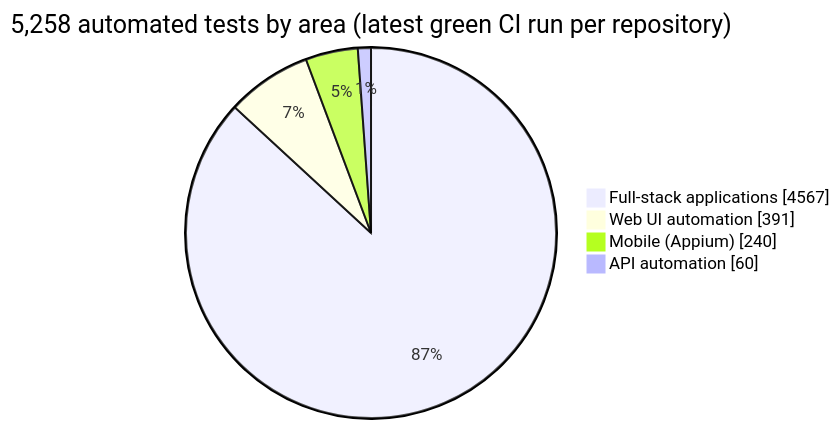
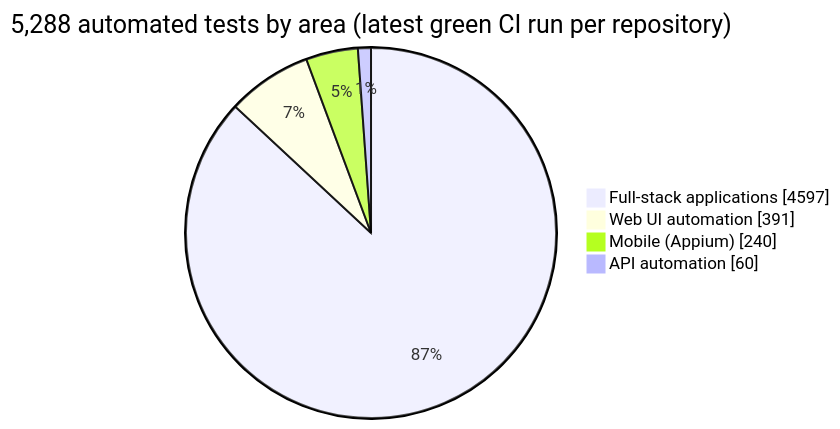
The third of 14 diagrams in README.md (rbchy/ranajitchowdhury), drawn with Mermaid before and after one commit. The commit also changed other lines of this file and 3 other files, not shown here.

````diff
--- a/README.md
+++ b/README.md
@@ -91,8 +91,8 @@
 ```mermaid
 pie showData
-    title 5,258 automated tests by area (latest green CI run per repository)
-    "Full-stack applications" : 4567
+    title 5,288 automated tests by area (latest green CI run per repository)
+    "Full-stack applications" : 4597
     "Web UI automation" : 391
     "Mobile (Appium)" : 240
     "API automation" : 60
 ```
````
